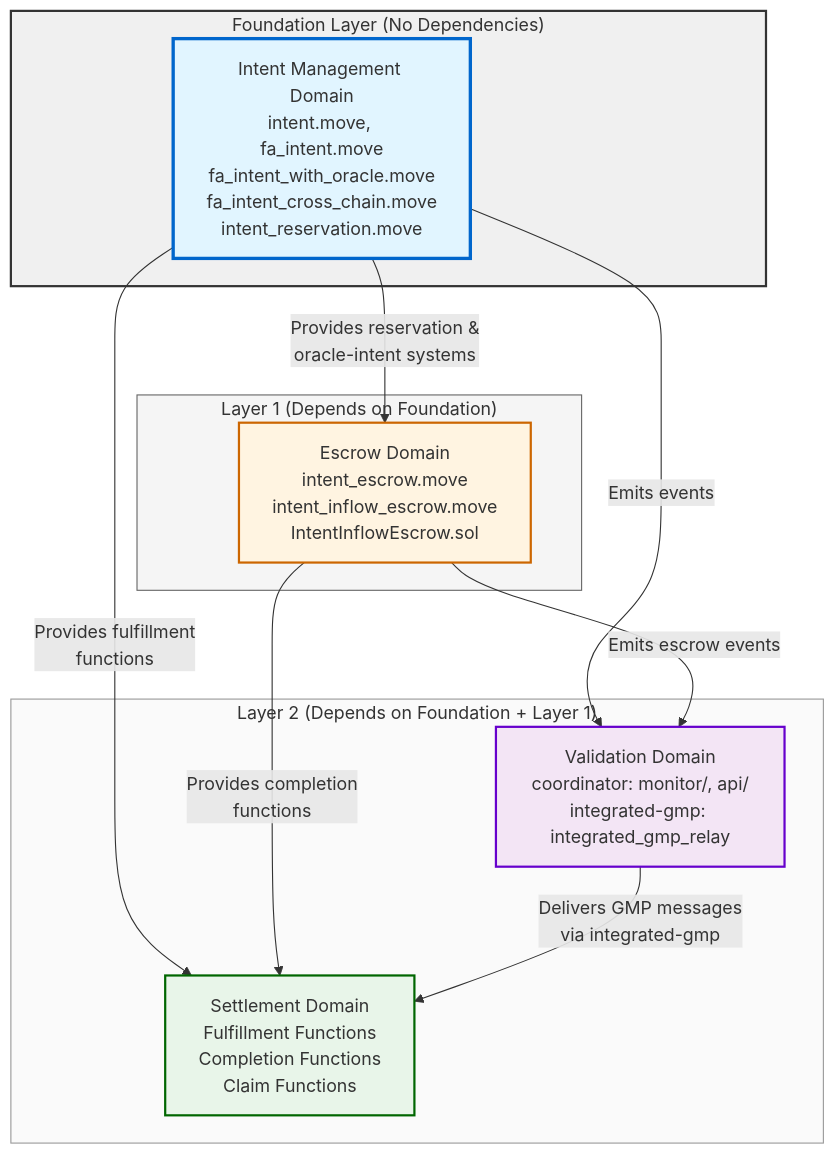
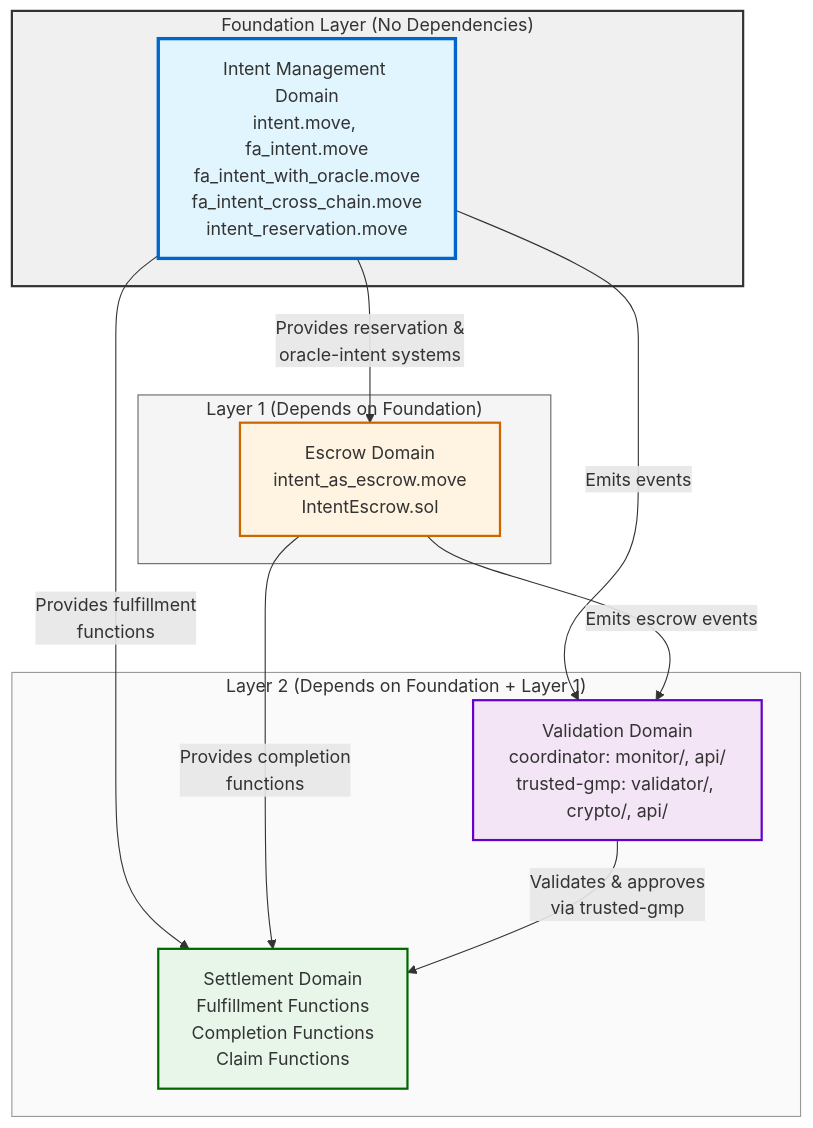
One commit to MoveIndustries/int3nts changed the first of 2 diagrams in docs/architecture/architecture-component-mapping.md. Above: the diagram before and after it, drawn with Mermaid. The commit also changed other lines of this file and 493 other files, not shown here.

First line of the commit message:
Revert "Integrated GMP (Generic Message Passing) instead of verifier architec…"

````diff
--- a/docs/architecture/architecture-component-mapping.md
+++ b/docs/architecture/architecture-component-mapping.md
@@ -16,30 +16,30 @@
 ```mermaid
 graph TB
     subgraph Foundation["Foundation Layer (No Dependencies)"]
         IM[Intent Management Domain<br/>intent.move, fa_intent.move<br/>fa_intent_with_oracle.move<br/>fa_intent_cross_chain.move<br/>intent_reservation.move]
     end
     
     subgraph Layer1["Layer 1 (Depends on Foundation)"]
-        EM[Escrow Domain<br/>intent_escrow.move<br/>intent_inflow_escrow.move<br/>IntentInflowEscrow.sol]
+        EM[Escrow Domain<br/>intent_as_escrow.move<br/>IntentEscrow.sol]
     end
     
     subgraph Layer2["Layer 2 (Depends on Foundation + Layer 1)"]
         SM[Settlement Domain<br/>Fulfillment Functions<br/>Completion Functions<br/>Claim Functions]
-        VM[Validation Domain<br/>coordinator: monitor/, api/<br/>integrated-gmp: integrated_gmp_relay]
+        VM[Validation Domain<br/>coordinator: monitor/, api/<br/>trusted-gmp: validator/, crypto/, api/]
     end
     
     IM -->|Provides reservation &<br/>oracle-intent systems| EM
     IM -->|Provides fulfillment<br/>functions| SM
     IM -->|Emits events| VM
     EM -->|Provides completion<br/>functions| SM
     EM -->|Emits escrow events| VM
-    VM -->|Delivers GMP messages<br/>via integrated-gmp| SM
+    VM -->|Validates & approves<br/>via trusted-gmp| SM
     
     style IM fill:#e1f5ff,stroke:#0066cc,stroke-width:3px,color:#333
     style EM fill:#fff4e1,stroke:#cc6600,stroke-width:2px,color:#333
     style SM fill:#e8f5e9,stroke:#006600,stroke-width:2px,color:#333
     style VM fill:#f3e5f5,stroke:#6600cc,stroke-width:2px,color:#333
     style Foundation fill:#f0f0f0,stroke:#333,stroke-width:2px,color:#333
     style Layer1 fill:#f5f5f5,stroke:#666,stroke-width:1px,color:#333
     style Layer2 fill:#fafafa,stroke:#999,stroke-width:1px,color:#333
 ```
````
